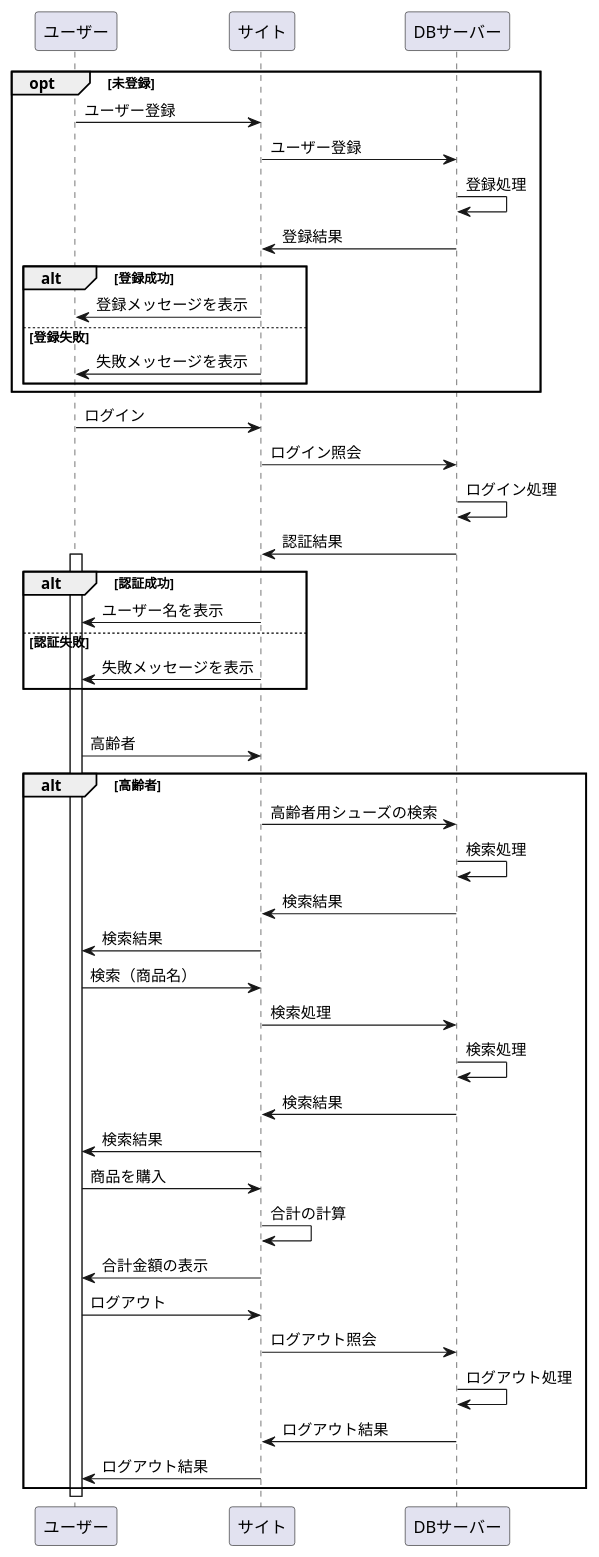
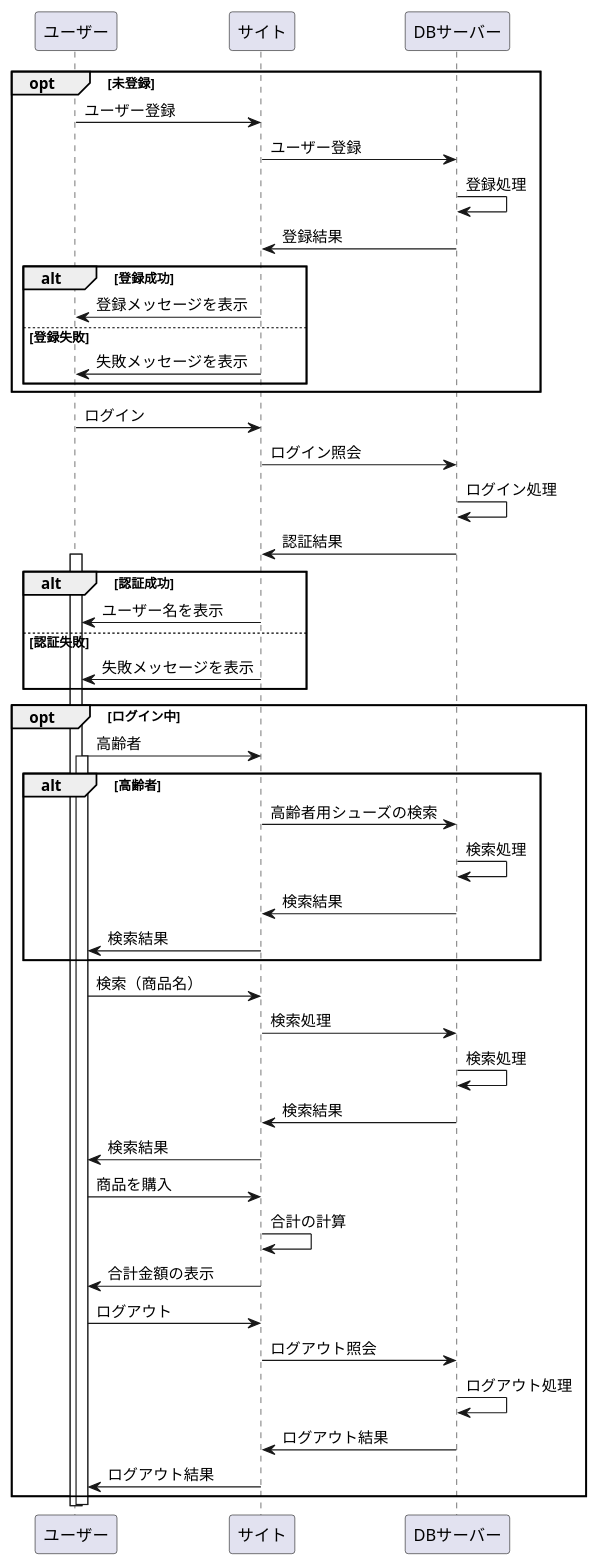
One commit to Aso2001140/2012sys-design changed the diagram in Rehabilitation Shoes 9.md. Above: the diagram before and after it, drawn with PlantUML.

Commit message:
Update Rehabilitation Shoes 9.md

````diff
--- a/Rehabilitation Shoes 9.md
+++ b/Rehabilitation Shoes 9.md
@@ -1,62 +1,62 @@
 ```uml
 @startuml
 
 opt 未登録
 ユーザー -> サイト : ユーザー登録
 サイト -> DBサーバー : ユーザー登録
 DBサーバー -> DBサーバー : 登録処理
 DBサーバー -> サイト : 登録結果
 
 alt 登録成功
 サイト -> ユーザー : 登録メッセージを表示
 else 登録失敗
 サイト -> ユーザー : 失敗メッセージを表示
 
 end
 end
 
 ユーザー -> サイト : ログイン
 サイト -> DBサーバー : ログイン照会
 DBサーバー -> DBサーバー : ログイン処理
 DBサーバー -> サイト : 認証結果
 
 activate ユーザー
 alt 認証成功
 サイト -> ユーザー : ユーザー名を表示
 else 認証失敗
 サイト -> ユーザー : 失敗メッセージを表示
 end
 
 opt ログイン中
 
 ユーザー -> サイト : 高齢者
-
+activate ユーザー
 alt 高齢者
 サイト -> DBサーバー : 高齢者用シューズの検索
 DBサーバー -> DBサーバー : 検索処理
 DBサーバー -> サイト : 検索結果
 サイト -> ユーザー : 検索結果
-
+end
 
 ユーザー -> サイト : 検索（商品名）
 サイト -> DBサーバー : 検索処理
 DBサーバー -> DBサーバー : 検索処理
 DBサーバー -> サイト : 検索結果
 サイト -> ユーザー : 検索結果
 
 ユーザー -> サイト : 商品を購入
 サイト -> サイト : 合計の計算
 サイト -> ユーザー : 合計金額の表示
 
 ユーザー -> サイト : ログアウト
 サイト -> DBサーバー : ログアウト照会
 DBサーバー -> DBサーバー : ログアウト処理
 DBサーバー -> サイト : ログアウト結果
 サイト -> ユーザー : ログアウト結果
 end
 
 deactivate ユーザー
 
 
 @enduml
 ```
````
